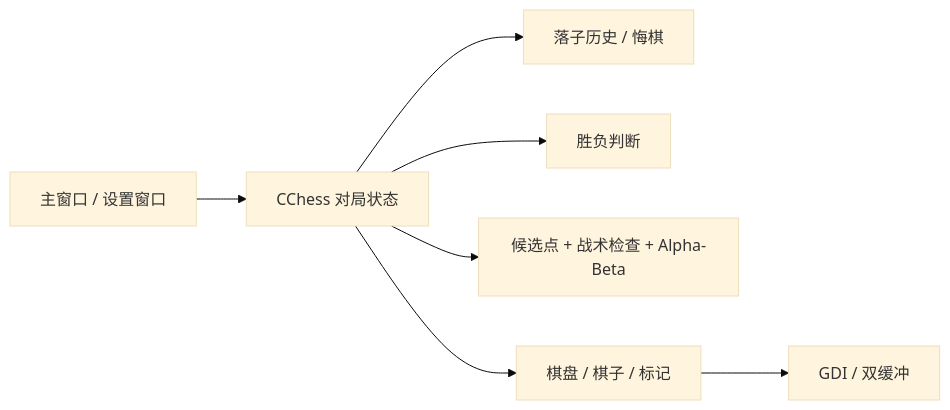
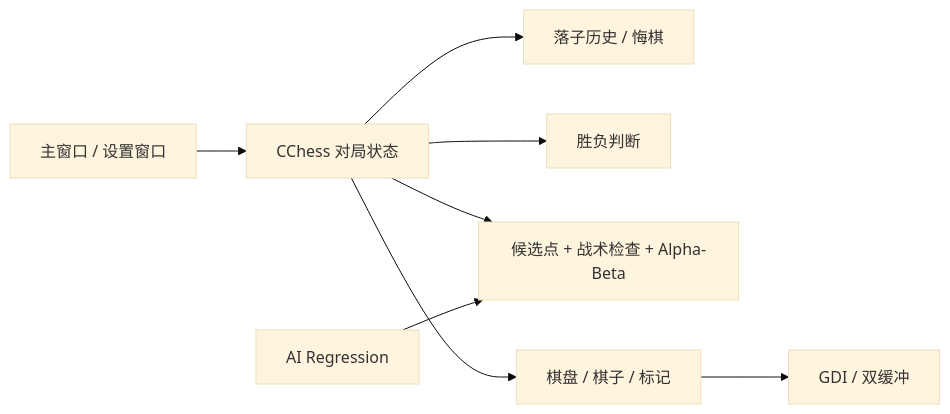
The diagram in README.md (LynViii/FiveChess), drawn with Mermaid (base theme) before and after one commit. The commit also changed other lines of this file and 13 other files, not shown here.

````diff
--- a/README.md
+++ b/README.md
@@ -82,9 +99,10 @@
 ```mermaid
 flowchart LR
     UI[主窗口 / 设置窗口] --> GAME[CChess 对局状态]
     GAME --> HISTORY[落子历史 / 悔棋]
     GAME --> RULE[胜负判断]
     GAME --> AI[候选点 + 战术检查 + Alpha-Beta]
     GAME --> DRAW[棋盘 / 棋子 / 标记]
     DRAW --> GDI[GDI / 双缓冲]
+    TEST[AI Regression] --> AI
 ```
````
